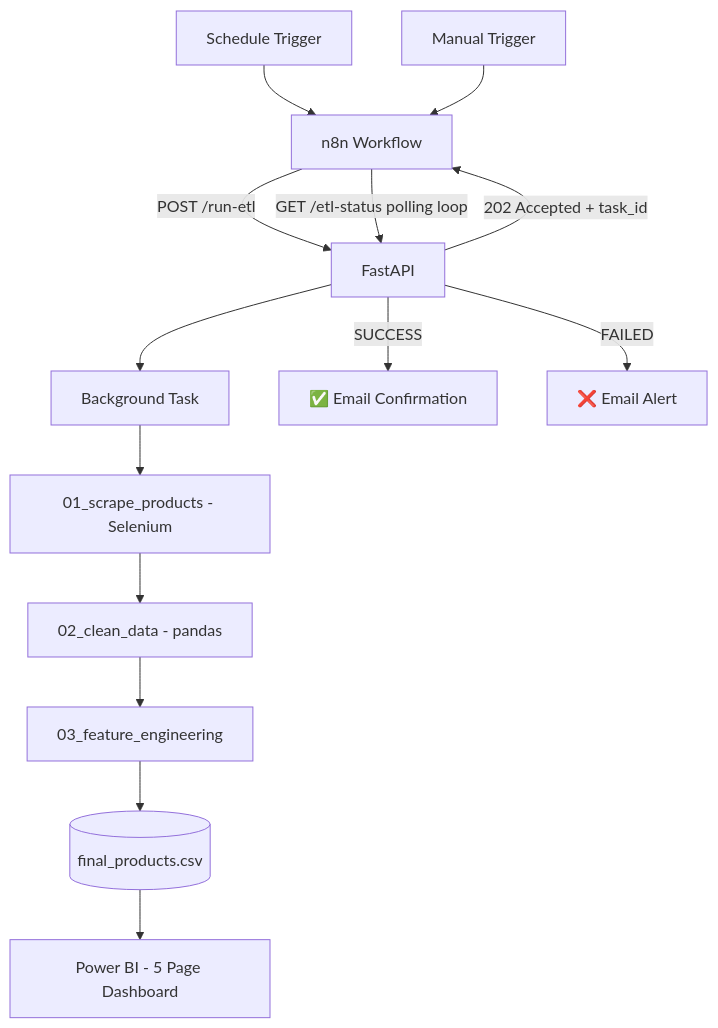
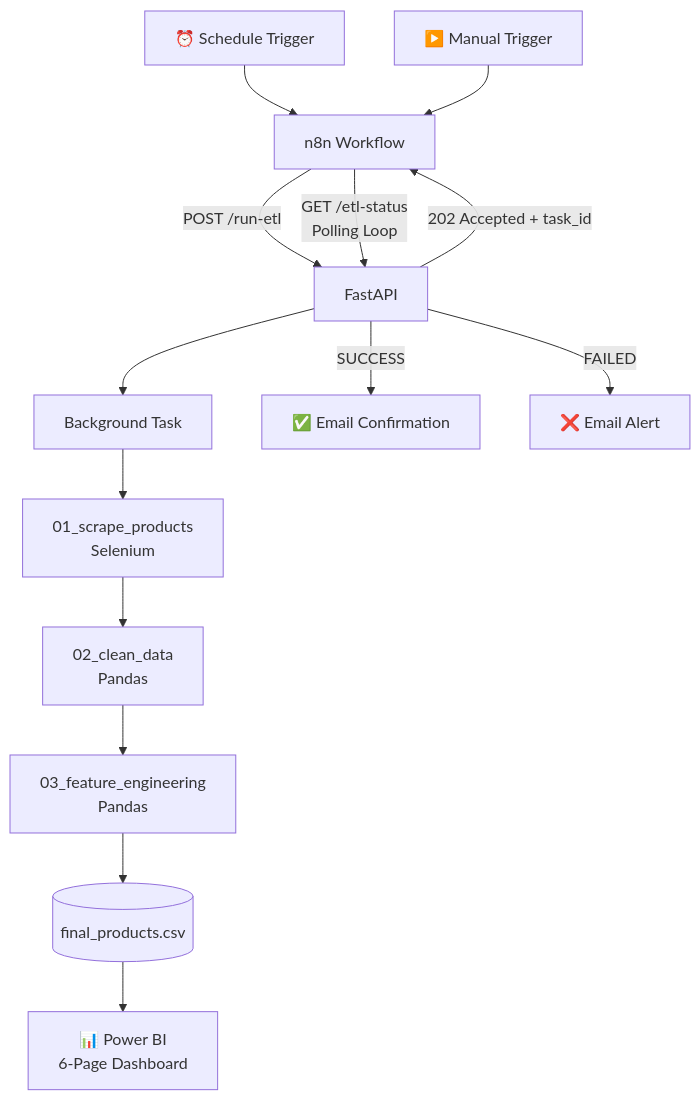
One commit to Bernad2304/flipkart-price-intelligence-etl changed the diagram in README.md. Above: the diagram before and after it, drawn with Mermaid. The commit also changed other lines of this file, not shown here.

````diff
--- a/README.md
+++ b/README.md
@@ -67,16 +101,25 @@
 ```mermaid
 flowchart TD
-    A[Schedule Trigger] --> C[n8n Workflow]
-    B[Manual Trigger] --> C
+
+    A[⏰ Schedule Trigger] --> C[n8n Workflow]
+    B[▶️ Manual Trigger] --> C
+
     C -->|POST /run-etl| D[FastAPI]
+
     D -->|202 Accepted + task_id| C
+
     D --> E[Background Task]
-    E --> F[01_scrape_products - Selenium]
-    F --> G[02_clean_data - pandas]
-    G --> H[03_feature_engineering]
+
+    E --> F[01_scrape_products<br/>Selenium]
+    F --> G[02_clean_data<br/>Pandas]
+    G --> H[03_feature_engineering<br/>Pandas]
+
     H --> I[(final_products.csv)]
-    C -->|GET /etl-status polling loop| D
+
+    C -->|GET /etl-status<br/>Polling Loop| D
+
     D -->|SUCCESS| J[✅ Email Confirmation]
     D -->|FAILED| K[❌ Email Alert]
-    I --> L[Power BI - 5 Page Dashboard]
+
+    I --> L[📊 Power BI<br/>6-Page Dashboard]
 ```
````
